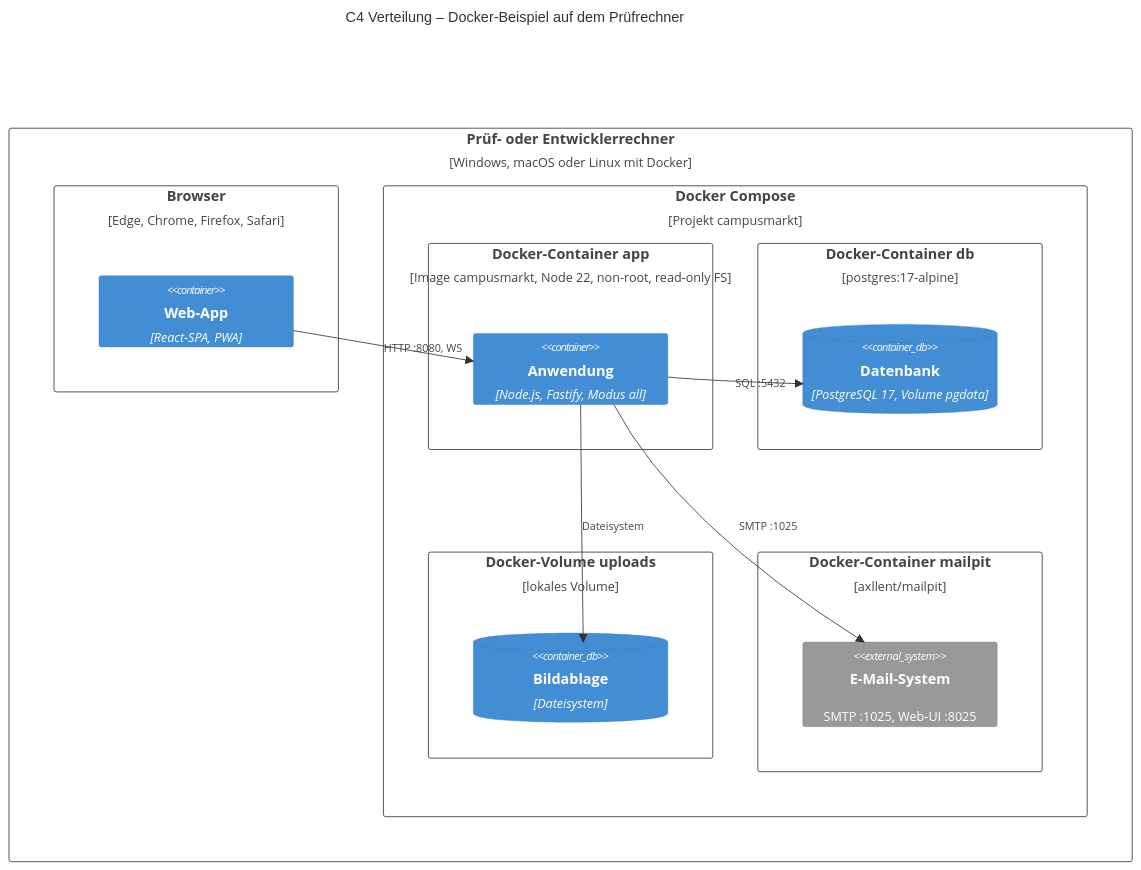
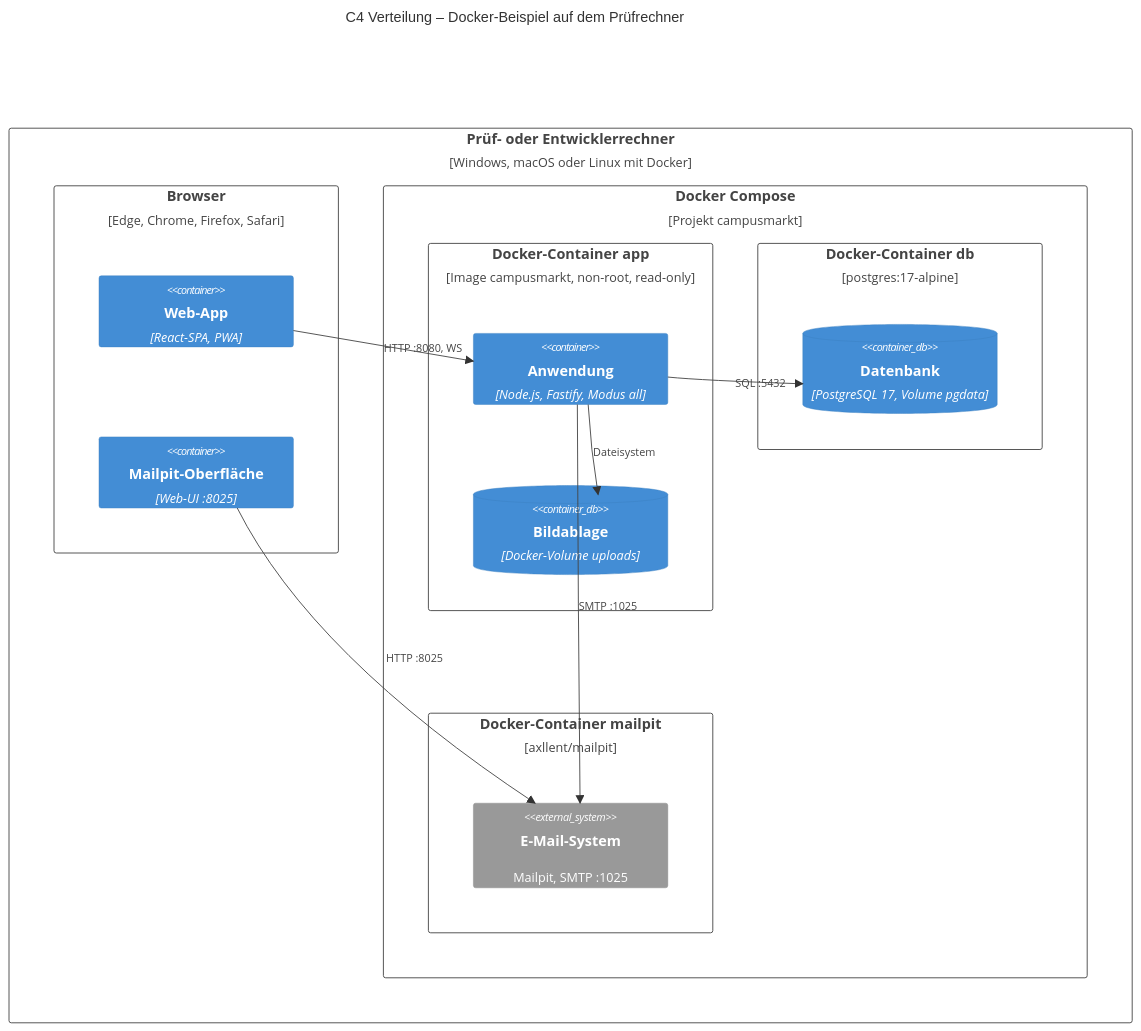
One commit to CaRo10Robert/SWeng_projekt2026 changed diagram 12 of 13 in docs/03-architektur/architektur.md. Above: the diagram before and after it, drawn with Mermaid. The commit also changed other lines of this file and 20 other files, not shown here.

````diff
--- a/docs/03-architektur/architektur.md
+++ b/docs/03-architektur/architektur.md
@@ -513,28 +667,28 @@
 ```mermaid
 C4Deployment
     title C4 Verteilung – Docker-Beispiel auf dem Prüfrechner
     Deployment_Node(host, "Prüf- oder Entwicklerrechner", "Windows, macOS oder Linux mit Docker") {
         Deployment_Node(browser, "Browser", "Edge, Chrome, Firefox, Safari") {
             Container(spa, "Web-App", "React-SPA, PWA")
+            Container(mpui, "Mailpit-Oberfläche", "Web-UI :8025")
         }
         Deployment_Node(compose, "Docker Compose", "Projekt campusmarkt") {
-            Deployment_Node(appc, "Docker-Container app", "Image campusmarkt, Node 22, non-root, read-only FS") {
+            Deployment_Node(appc, "Docker-Container app", "Image campusmarkt, non-root, read-only") {
                 Container(app, "Anwendung", "Node.js, Fastify, Modus all")
+                ContainerDb(files, "Bildablage", "Docker-Volume uploads")
             }
             Deployment_Node(dbc, "Docker-Container db", "postgres:17-alpine") {
                 ContainerDb(db, "Datenbank", "PostgreSQL 17, Volume pgdata")
             }
-            Deployment_Node(vol, "Docker-Volume uploads", "lokales Volume") {
-                ContainerDb(files, "Bildablage", "Dateisystem")
-            }
             Deployment_Node(mpc, "Docker-Container mailpit", "axllent/mailpit") {
-                System_Ext(mail, "E-Mail-System", "SMTP :1025, Web-UI :8025")
+                System_Ext(mail, "E-Mail-System", "Mailpit, SMTP :1025")
             }
         }
     }
     Rel(spa, app, "HTTP :8080, WS")
+    Rel(mpui, mail, "HTTP :8025")
     Rel(app, db, "SQL :5432")
     Rel(app, files, "Dateisystem")
     Rel(app, mail, "SMTP :1025")
     UpdateLayoutConfig($c4ShapeInRow="2", $c4BoundaryInRow="2")
 ```
````
